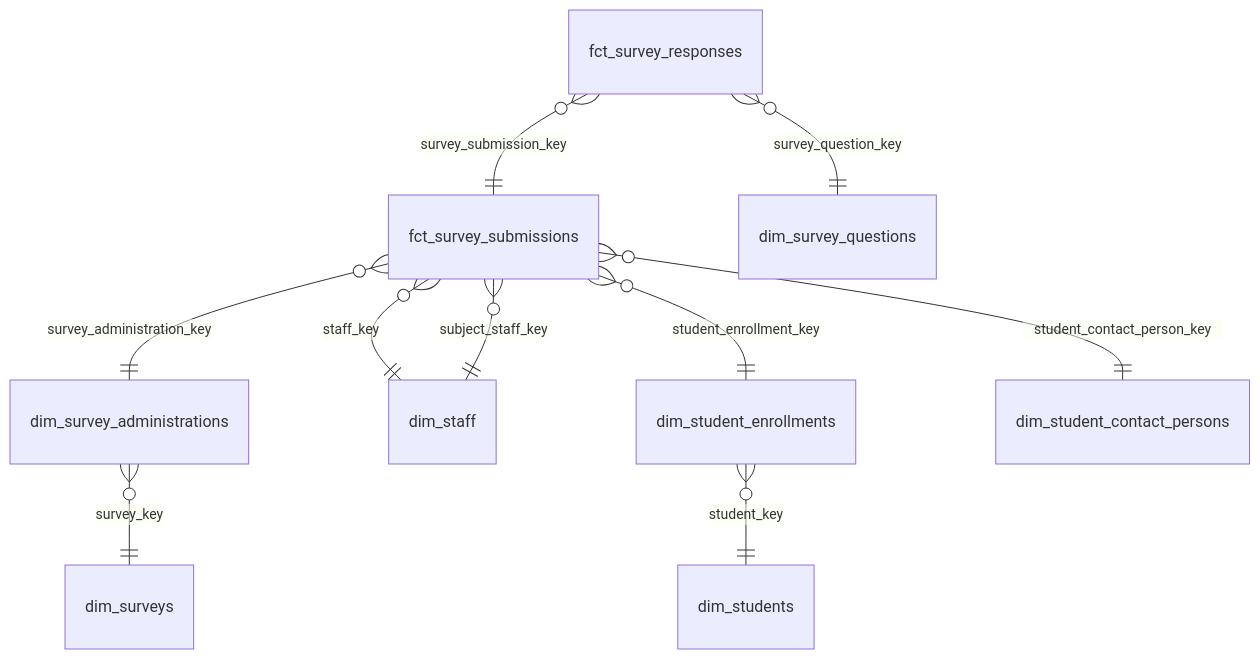
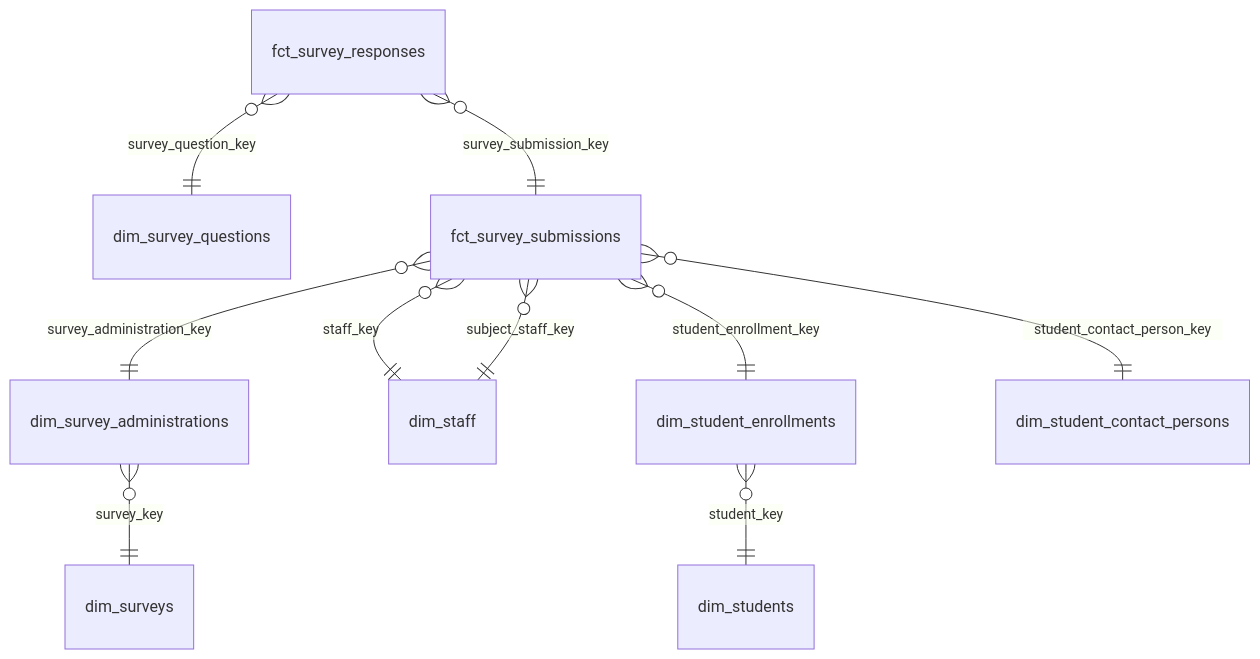
Diagram 21 of 24 in docs/reference/marts-data-models.md (TEAMSchools/teamster), drawn with Mermaid before and after one commit. The commit also changed other lines of this file and 10 other files, not shown here.

````diff
--- a/docs/reference/marts-data-models.md
+++ b/docs/reference/marts-data-models.md
@@ -387,12 +387,12 @@
 ```mermaid
 erDiagram
+  fct_survey_responses }o--|| dim_survey_questions : "survey_question_key"
   fct_survey_responses }o--|| fct_survey_submissions : "survey_submission_key"
-  fct_survey_responses }o--|| dim_survey_questions : "survey_question_key"
   fct_survey_submissions }o--|| dim_survey_administrations : "survey_administration_key"
   fct_survey_submissions }o--|| dim_staff : "staff_key"
   fct_survey_submissions }o--|| dim_student_enrollments : "student_enrollment_key"
   fct_survey_submissions }o--|| dim_student_contact_persons : "student_contact_person_key"
   fct_survey_submissions }o--|| dim_staff : "subject_staff_key"
   dim_survey_administrations }o--|| dim_surveys : "survey_key"
   dim_student_enrollments }o--|| dim_students : "student_key"
 ```
````
